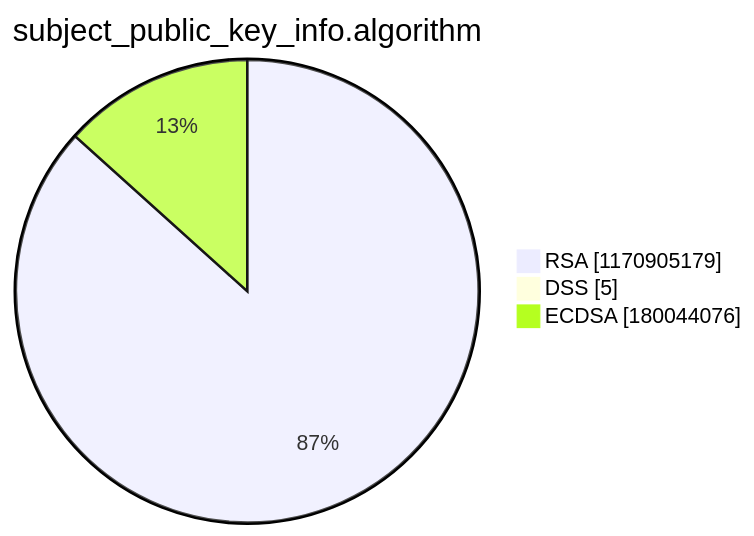
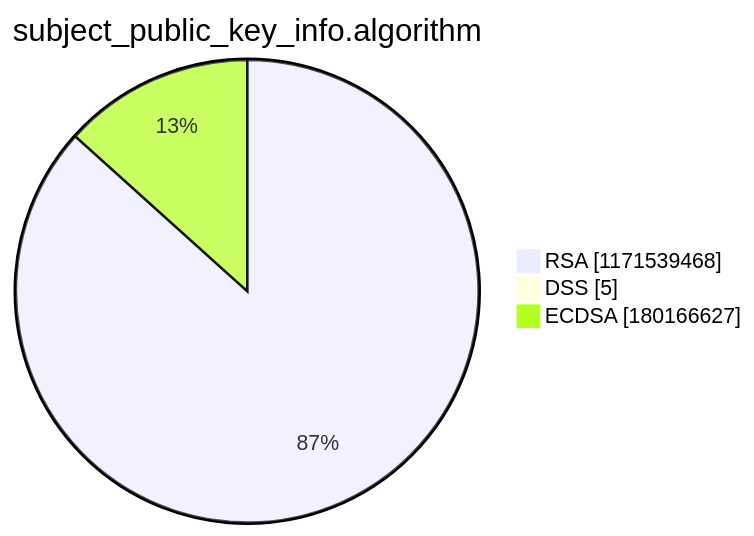
One commit to christiankrug/ctmonitor_visualization changed the third of 15 diagrams in argon2022/README.md. Above: the diagram before and after it, drawn with Mermaid. The commit also changed other lines of this file, not shown here.

````diff
--- a/argon2022/README.md
+++ b/argon2022/README.md
@@ -14,7 +14,7 @@
 ```mermaid
 pie showData
 title subject_public_key_info.algorithm
-"RSA" :1170905179
+"RSA" :1171539468
 "DSS" :5
-"ECDSA" :180044076
+"ECDSA" :180166627
 ```
````
